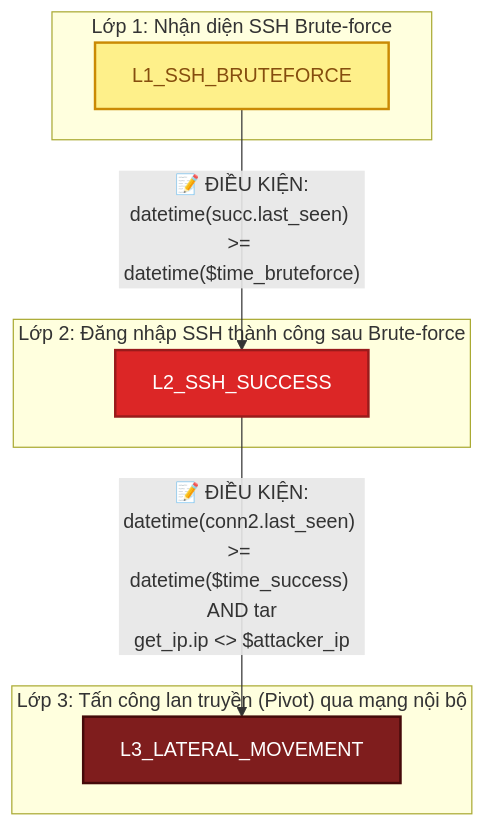
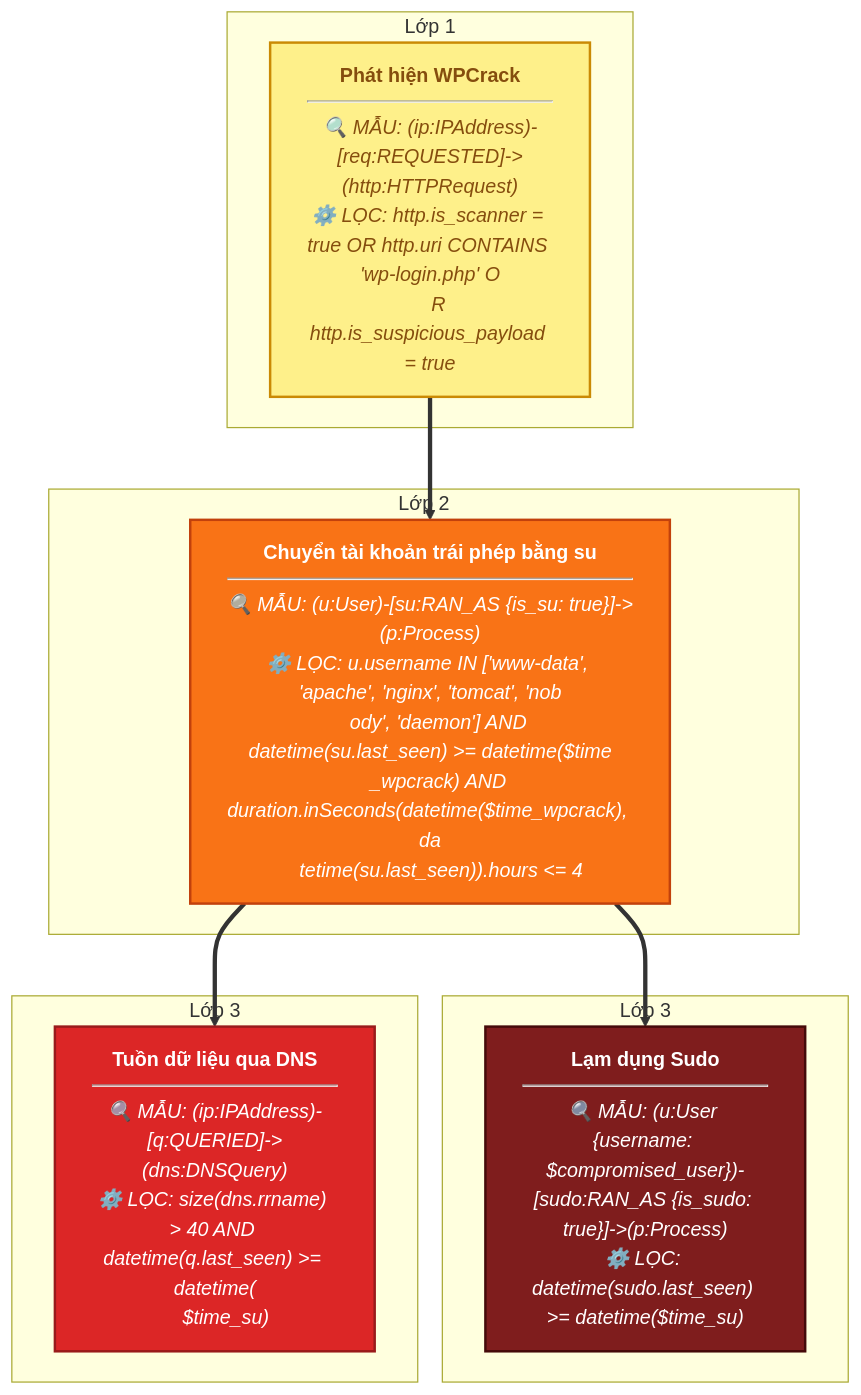
Before and after one commit to ttm62/bug-free-doodle: diagram 12 of 14 in all_rules/README.md, drawn with Mermaid. The commit also changed other lines of this file and 31 other files, not shown here.

````diff
--- a/all_rules/README.md
+++ b/all_rules/README.md
@@ -272,19 +209,23 @@
 ```mermaid
 graph TD
     classDef low fill:#fef08a,stroke:#ca8a04,stroke-width:2px,color:#854d0e;
     classDef medium fill:#f97316,stroke:#c2410c,stroke-width:2px,color:#fff;
     classDef high fill:#dc2626,stroke:#991b1b,stroke-width:2px,color:#fff;
     classDef critical fill:#7f1d1d,stroke:#450a0a,stroke-width:2px,color:#fff;
 
-    subgraph Layer1 ["Lớp 1: Nhận diện SSH Brute-force"]
-        L1_SSH_BRUTEFORCE["L1_SSH_BRUTEFORCE"]:::low
+    subgraph Layer_L1_WPCRACK ["Lớp 1"]
+        L1_WPCRACK["<b>Phát hiện WPCrack</b><br/><hr/><i>🔍 MẪU: (ip:IPAddress)-[req:REQUESTED]->(http:HTTPRequest)<br/>⚙️ LỌC: http.is_scanner = true OR http.uri CONTAINS 'wp-login.php' O<br/>&nbsp;&nbsp;&nbsp;&nbsp;R http.is_suspicious_payload = true</i>"]:::low
     end
-    subgraph Layer2 ["Lớp 2: Đăng nhập SSH thành công sau Brute-force"]
-        L2_SSH_SUCCESS["L2_SSH_SUCCESS"]:::high
+    subgraph Layer_L2_SU_ESCALATION ["Lớp 2"]
+        L2_SU_ESCALATION["<b>Chuyển tài khoản trái phép bằng su</b><br/><hr/><i>🔍 MẪU: (u:User)-[su:RAN_AS {is_su: true}]->(p:Process)<br/>⚙️ LỌC: u.username IN ['www-data', 'apache', 'nginx', 'tomcat', 'nob<br/>&nbsp;&nbsp;&nbsp;&nbsp;ody', 'daemon'] AND datetime(su.last_seen) >= datetime($time<br/>&nbsp;&nbsp;&nbsp;&nbsp;_wpcrack) AND duration.inSeconds(datetime($time_wpcrack), da<br/>&nbsp;&nbsp;&nbsp;&nbsp;tetime(su.last_seen)).hours <= 4</i>"]:::medium
     end
-    L1_SSH_BRUTEFORCE -->|"📝 ĐIỀU KIỆN:<br/>datetime(succ.last_seen) >= datetime($time_bruteforce)"| L2_SSH_SUCCESS
-    subgraph Layer3 ["Lớp 3: Tấn công lan truyền (Pivot) qua mạng nội bộ"]
-        L3_LATERAL_MOVEMENT["L3_LATERAL_MOVEMENT"]:::critical
+    L1_WPCRACK ==> L2_SU_ESCALATION
+    subgraph Layer_L3A_ROOT_SUDO ["Lớp 3"]
+        L3A_ROOT_SUDO["<b>Lạm dụng Sudo</b><br/><hr/><i>🔍 MẪU: (u:User {username: $compromised_user})-[sudo:RAN_AS {is_sudo: true}]->(p:Process)<br/>⚙️ LỌC: datetime(sudo.last_seen) >= datetime($time_su)</i>"]:::critical
     end
-    L2_SSH_SUCCESS -->|"📝 ĐIỀU KIỆN:<br/>datetime(conn2.last_seen) >= datetime($time_success) AND tar<br/>get_ip.ip <> $attacker_ip"| L3_LATERAL_MOVEMENT
+    L2_SU_ESCALATION ==> L3A_ROOT_SUDO
+    subgraph Layer_L3B_DNS_EXFIL ["Lớp 3"]
+        L3B_DNS_EXFIL["<b>Tuồn dữ liệu qua DNS</b><br/><hr/><i>🔍 MẪU: (ip:IPAddress)-[q:QUERIED]->(dns:DNSQuery)<br/>⚙️ LỌC: size(dns.rrname) > 40 AND datetime(q.last_seen) >= datetime(<br/>&nbsp;&nbsp;&nbsp;&nbsp;$time_su)</i>"]:::high
+    end
+    L2_SU_ESCALATION ==> L3B_DNS_EXFIL
 ```
````
